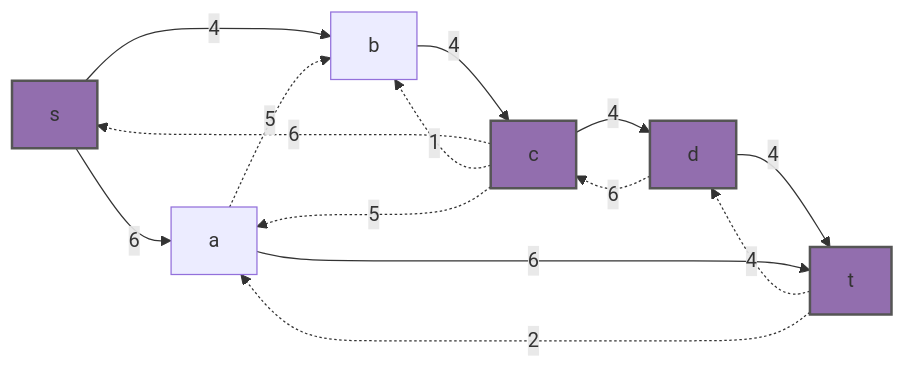
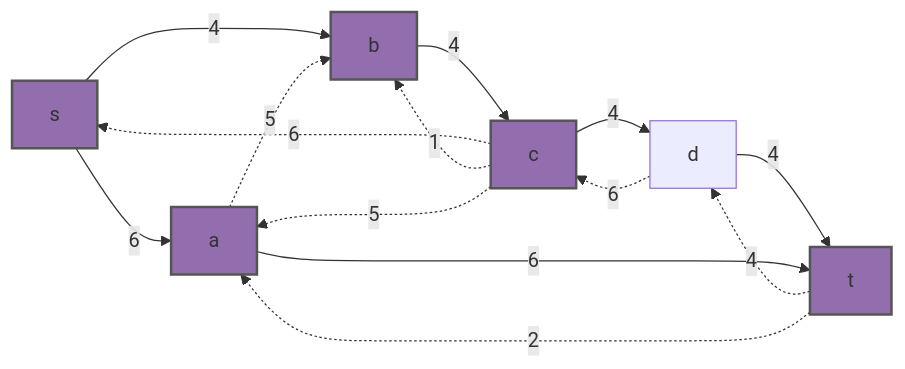
Before and after one commit to hse-algo-24-owl/manual-tasks-owl: the ninth of 14 diagrams in task-9/Budapest-task-9.md, drawn with Mermaid. The commit also changed other lines of this file, not shown here.

````diff
--- a/task-9/Budapest-task-9.md
+++ b/task-9/Budapest-task-9.md
@@ -162,20 +162,21 @@
 ```mermaid
 graph LR
     s-->|6|a
     s-->|4|b
     c-.->|6|s
     a-.->|5|b
     c-.->|1|b
     b-->|4|c
     d-.->|6|c
     c-->|4|d
     t-.->|4|d
     d-->|4|t
     c-.->|5|a
     t-.->|2|a
     a-->|6|t
+    style a fill:#926EAE,stroke:#555,stroke-width:2px
     style t fill:#926EAE,stroke:#555,stroke-width:2px
     style s fill:#926EAE,stroke:#555,stroke-width:2px
     style c fill:#926EAE,stroke:#555,stroke-width:2px
-    style d fill:#926EAE,stroke:#555,stroke-width:2px
+    style b fill:#926EAE,stroke:#555,stroke-width:2px
 ```
````
